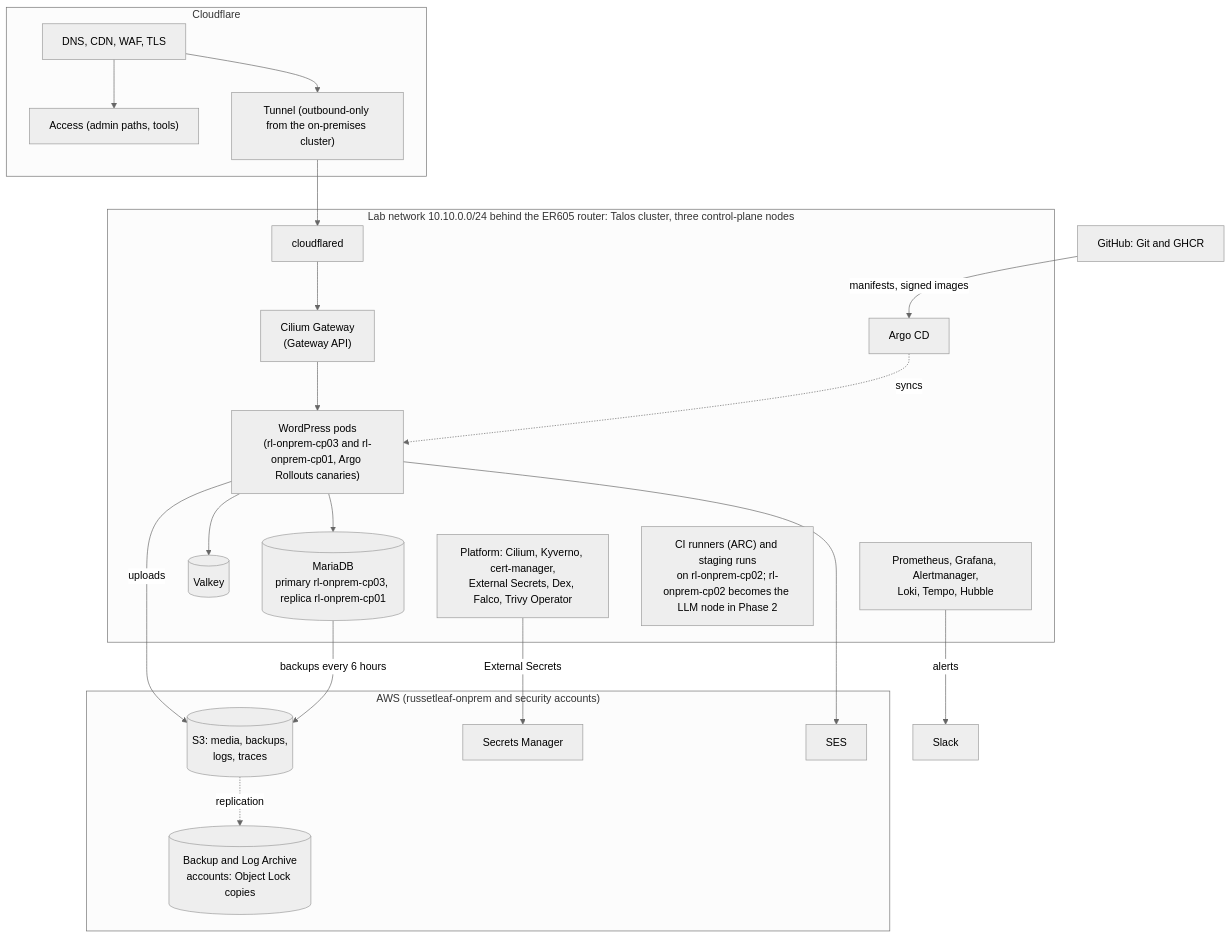
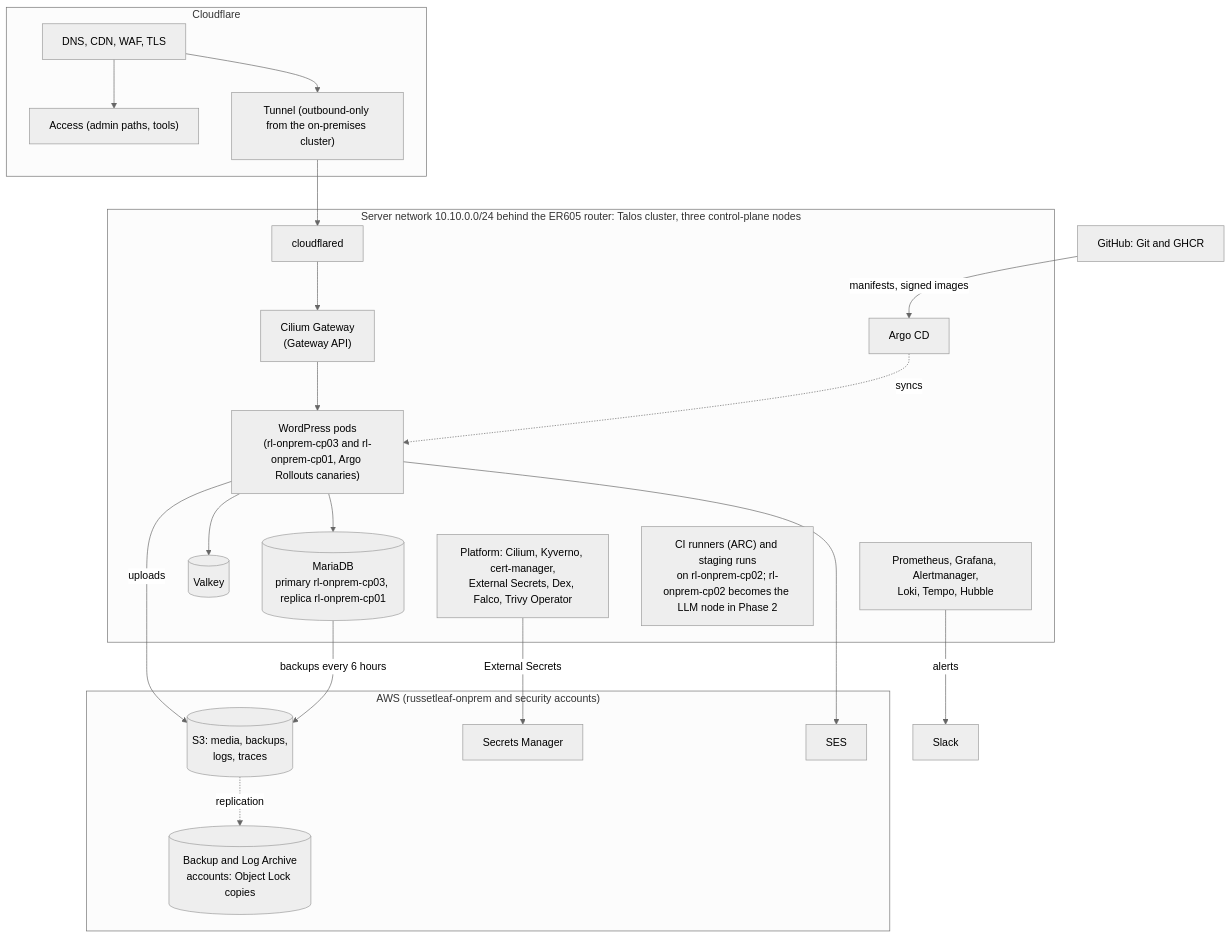
Before and after one commit to russetleaf/russetleaf-docs: the second of 2 diagrams in docs/phase-1-russetleaf-dev/design.md, drawn with Mermaid (neutral theme). The commit also changed other lines of this file and 35 other files, not shown here.

First line of the commit message:
The server network, the on-premises environment and rl-mgmt replace "lab"

````diff
--- a/docs/phase-1-russetleaf-dev/design.md
+++ b/docs/phase-1-russetleaf-dev/design.md
@@ -40,31 +40,31 @@
 ```mermaid
 flowchart TB
   subgraph edge["Cloudflare"]
     dns["DNS, CDN, WAF, TLS"] --> access["Access (admin paths, tools)"]
     tunnel["Tunnel (outbound-only from the on-premises cluster)"]
   end
-  subgraph lab["Lab network 10.10.0.0/24 behind the ER605 router: Talos cluster, three control-plane nodes"]
+  subgraph servers["Server network 10.10.0.0/24 behind the ER605 router: Talos cluster, three control-plane nodes"]
     cfd["cloudflared"] --> ingress["Cilium Gateway<br/>(Gateway API)"]
     ingress --> wp["WordPress pods<br/>(rl-onprem-cp03 and rl-onprem-cp01, Argo Rollouts canaries)"]
     wp --> db[("MariaDB<br/>primary rl-onprem-cp03, replica rl-onprem-cp01")]
     wp --> cache[("Valkey")]
     argo["Argo CD"] -.->|syncs| wp
     plat["Platform: Cilium, Kyverno, cert-manager,<br/>External Secrets, Dex, Falco, Trivy Operator"]
     obs["Prometheus, Grafana, Alertmanager,<br/>Loki, Tempo, Hubble"]
     runners["CI runners (ARC) and staging runs<br/>on rl-onprem-cp02; rl-onprem-cp02 becomes the LLM node in Phase 2"]
   end
   subgraph aws["AWS (russetleaf-onprem and security accounts)"]
     s3[("S3: media, backups,<br/>logs, traces")]
     sm["Secrets Manager"]
     ses["SES"]
     backup[("Backup and Log Archive<br/>accounts: Object Lock copies")]
   end
   dns --> tunnel --> cfd
   wp -->|"uploads"| s3
   wp --> ses
   db -->|"backups every 6 hours"| s3
   plat -->|"External Secrets"| sm
   s3 -.->|replication| backup
   obs -->|alerts| slack["Slack"]
   github["GitHub: Git and GHCR"] -->|"manifests, signed images"| argo
 ```
````
